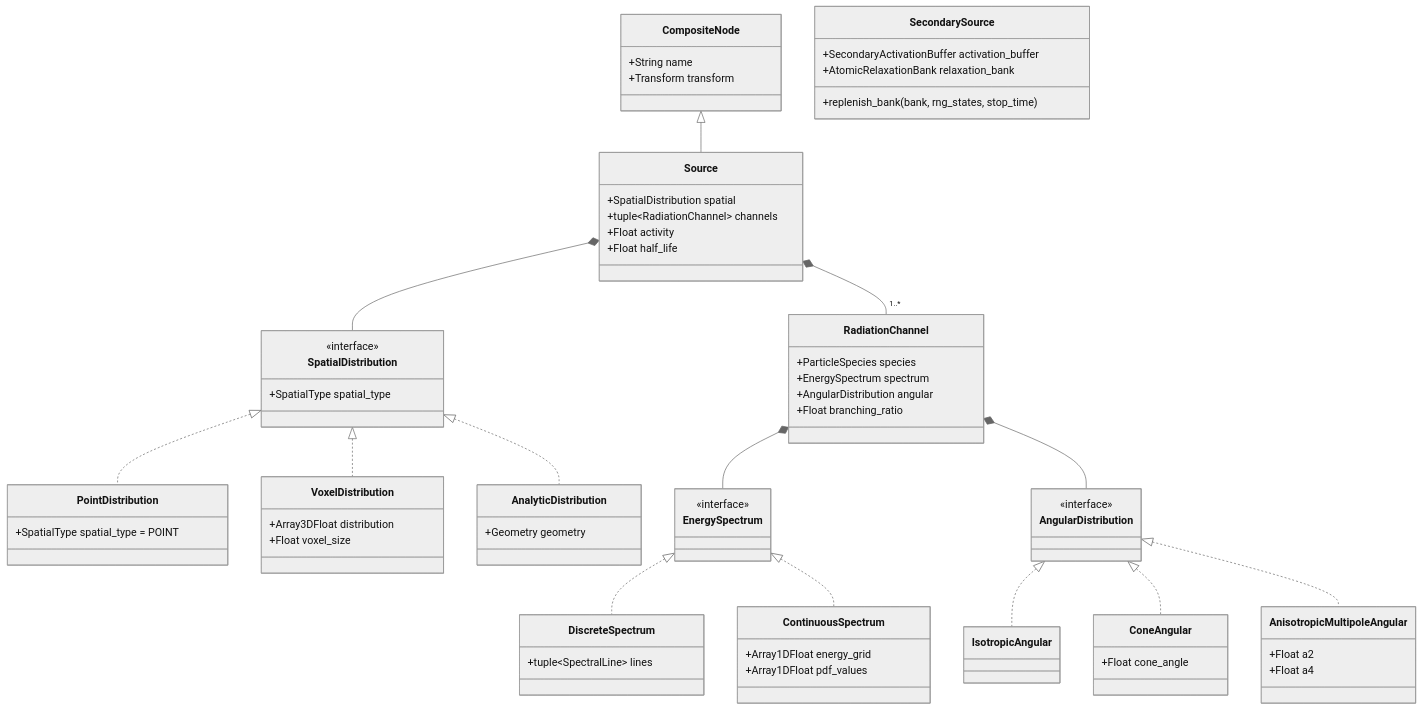
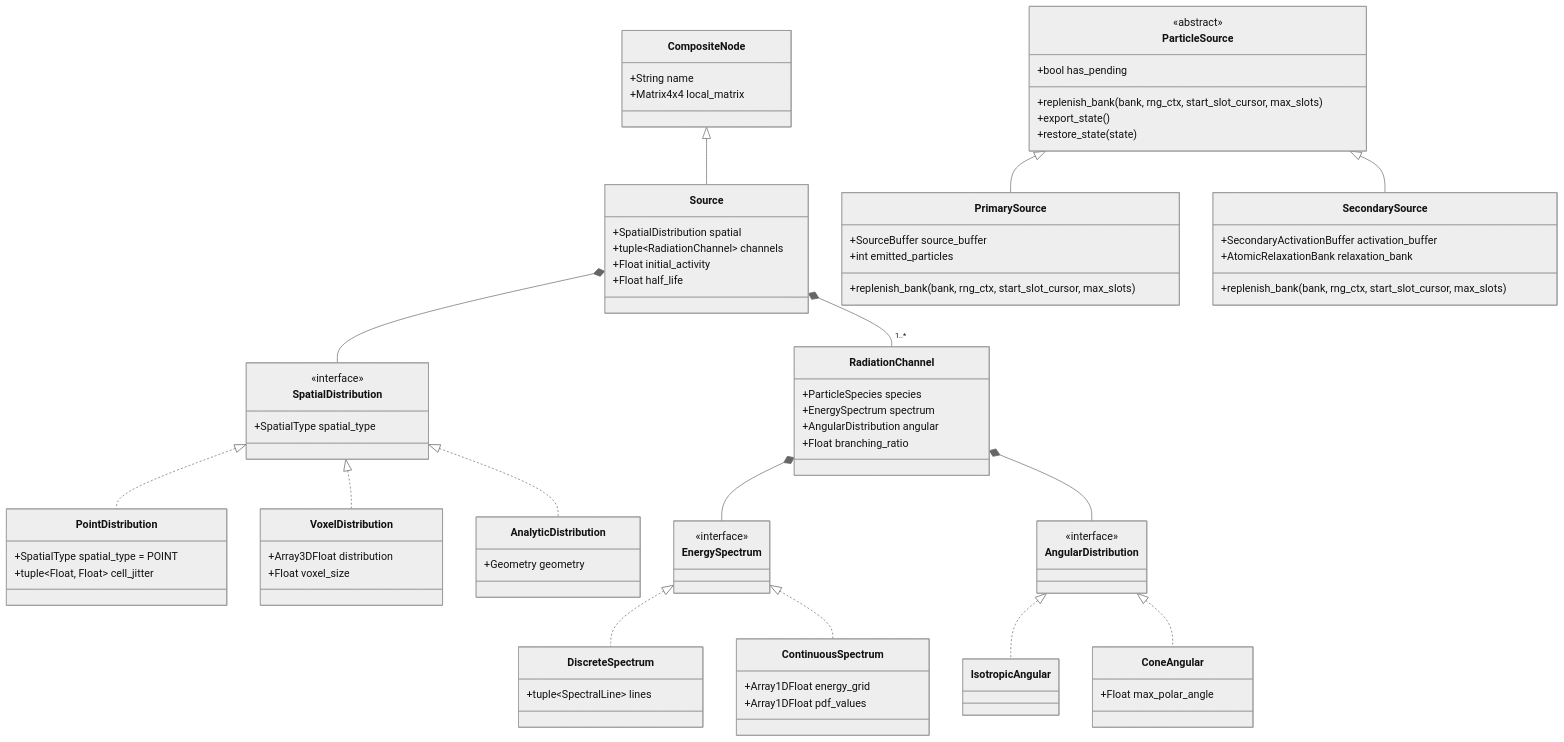
The first of 2 diagrams in docs/plans/composable_sources_and_secondary_radiation_plan.md (GurkoMikhail/NMSimToolkit), drawn with Mermaid (neutral theme) before and after one commit. The commit also changed other lines of this file and 78 other files, not shown here.

````diff
--- a/docs/plans/composable_sources_and_secondary_radiation_plan.md
+++ b/docs/plans/composable_sources_and_secondary_radiation_plan.md
@@ -30,13 +35,13 @@
 classDiagram
     class CompositeNode {
         +String name
-        +Transform transform
+        +Matrix4x4 local_matrix
     }
 
     class Source {
         +SpatialDistribution spatial
         +tuple~RadiationChannel~ channels
-        +Float activity
+        +Float initial_activity
         +Float half_life
     }
 
@@ -46,6 +51,7 @@
     }
     class PointDistribution {
         +SpatialType spatial_type = POINT
+        +tuple~Float, Float~ cell_jitter
     }
     class VoxelDistribution {
         +Array3DFloat distribution
@@ -78,17 +84,27 @@
     }
     class IsotropicAngular
     class ConeAngular {
-        +Float cone_angle
+        +Float max_polar_angle
     }
-    class AnisotropicMultipoleAngular {
-        +Float a2
-        +Float a4
+
+    class ParticleSource {
+        <<abstract>>
+        +bool has_pending
+        +replenish_bank(bank, rng_ctx, start_slot_cursor, max_slots)
+        +export_state()
+        +restore_state(state)
+    }
+
+    class PrimarySource {
+        +SourceBuffer source_buffer
+        +int emitted_particles
+        +replenish_bank(bank, rng_ctx, start_slot_cursor, max_slots)
     }
 
     class SecondarySource {
         +SecondaryActivationBuffer activation_buffer
         +AtomicRelaxationBank relaxation_bank
-        +replenish_bank(bank, rng_states, stop_time)
+        +replenish_bank(bank, rng_ctx, start_slot_cursor, max_slots)
     }
 
     CompositeNode <|-- Source
@@ -103,5 +119,6 @@
     EnergySpectrum <|.. ContinuousSpectrum
     AngularDistribution <|.. IsotropicAngular
     AngularDistribution <|.. ConeAngular
-    AngularDistribution <|.. AnisotropicMultipoleAngular
+    ParticleSource <|-- PrimarySource
+    ParticleSource <|-- SecondarySource
 ```
````
